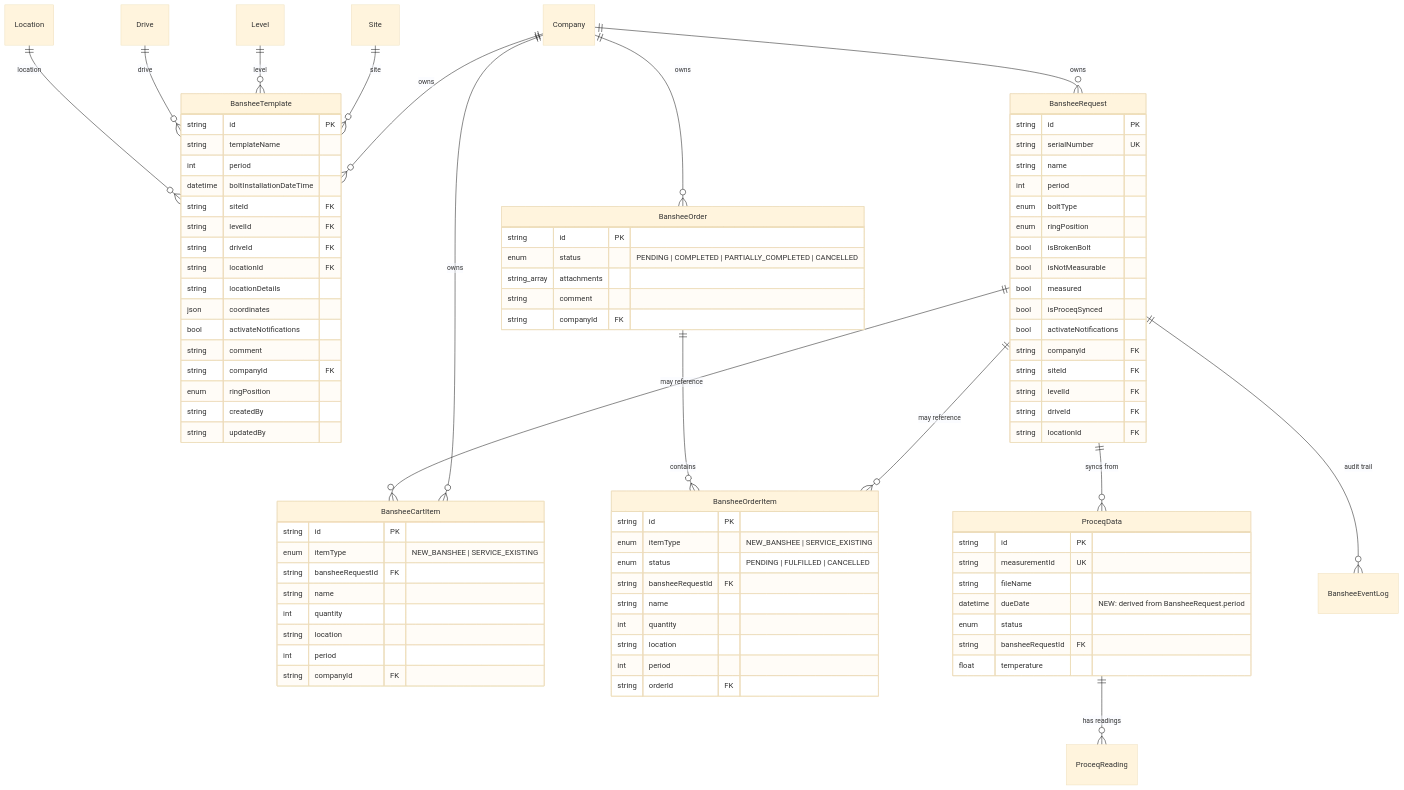
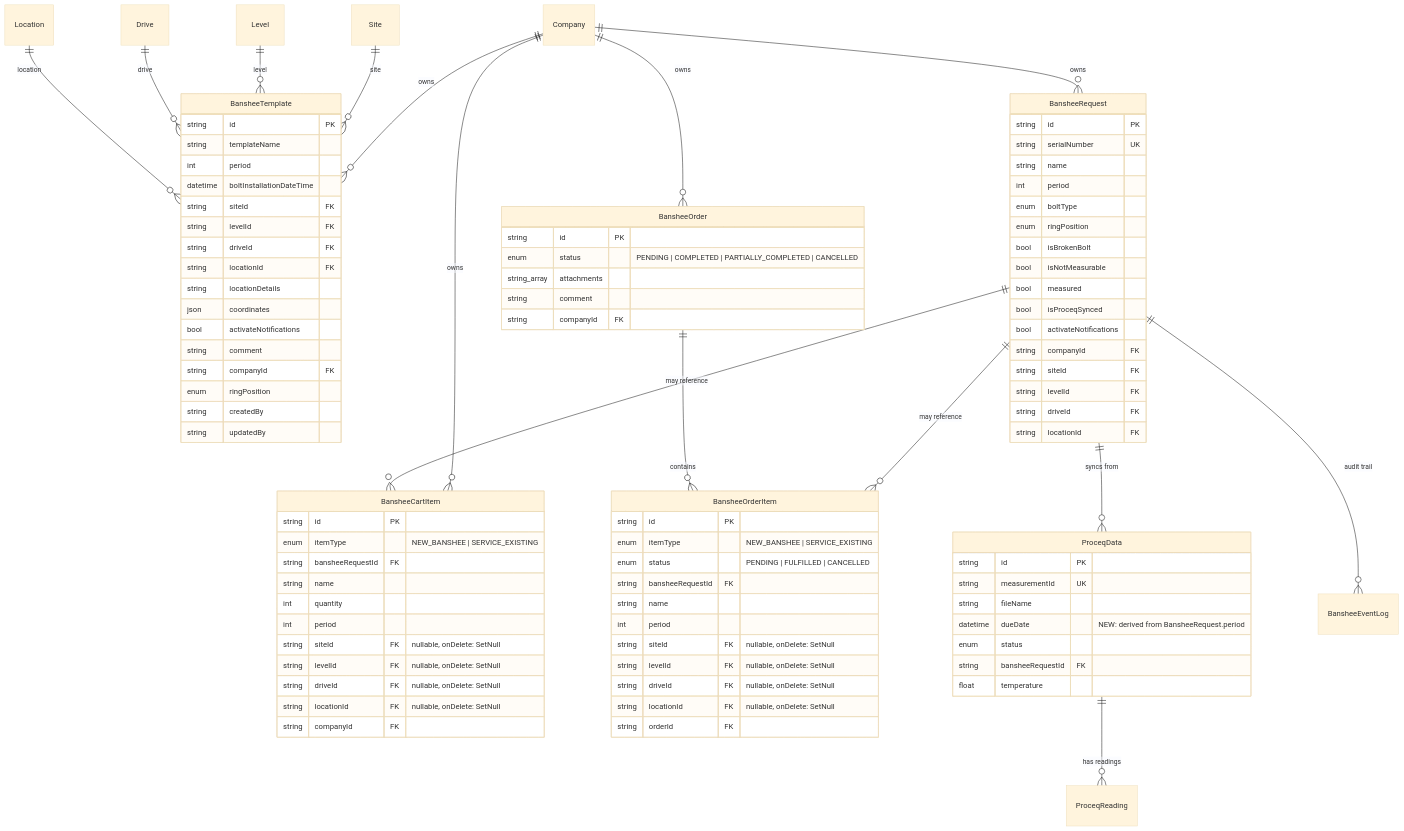
Diagram 11 of 21 in docs/techinal-design-document.md (omikking/iot-device), drawn with Mermaid (base theme) before and after one commit. The commit also changed other lines of this file and 8 other files, not shown here.

```diff
--- a/docs/techinal-design-document.md
+++ b/docs/techinal-design-document.md
@@ -1109,8 +1109,11 @@
         string bansheeRequestId FK
         string name
         int quantity
-        string location
         int period
+        string siteId FK "nullable, onDelete: SetNull"
+        string levelId FK "nullable, onDelete: SetNull"
+        string driveId FK "nullable, onDelete: SetNull"
+        string locationId FK "nullable, onDelete: SetNull"
         string companyId FK
     }
 
@@ -1128,9 +1131,11 @@
         enum status "PENDING | FULFILLED | CANCELLED"
         string bansheeRequestId FK
         string name
-        int quantity
-        string location
         int period
+        string siteId FK "nullable, onDelete: SetNull"
+        string levelId FK "nullable, onDelete: SetNull"
+        string driveId FK "nullable, onDelete: SetNull"
+        string locationId FK "nullable, onDelete: SetNull"
         string orderId FK
     }
 
```
